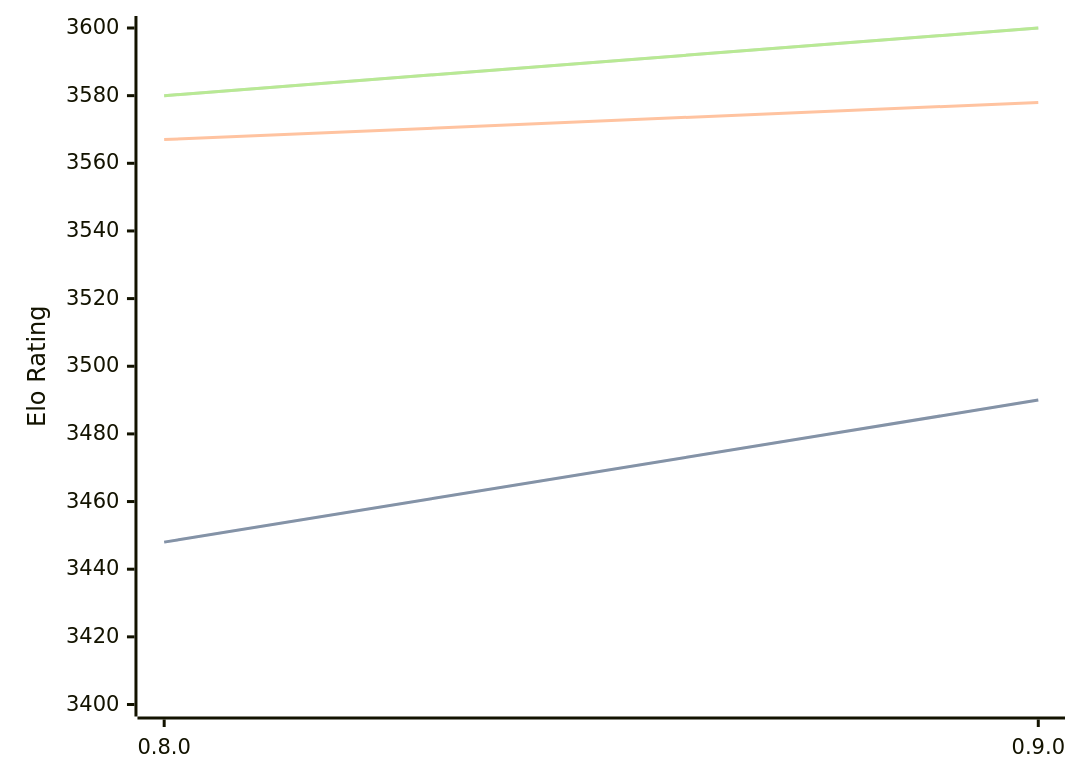
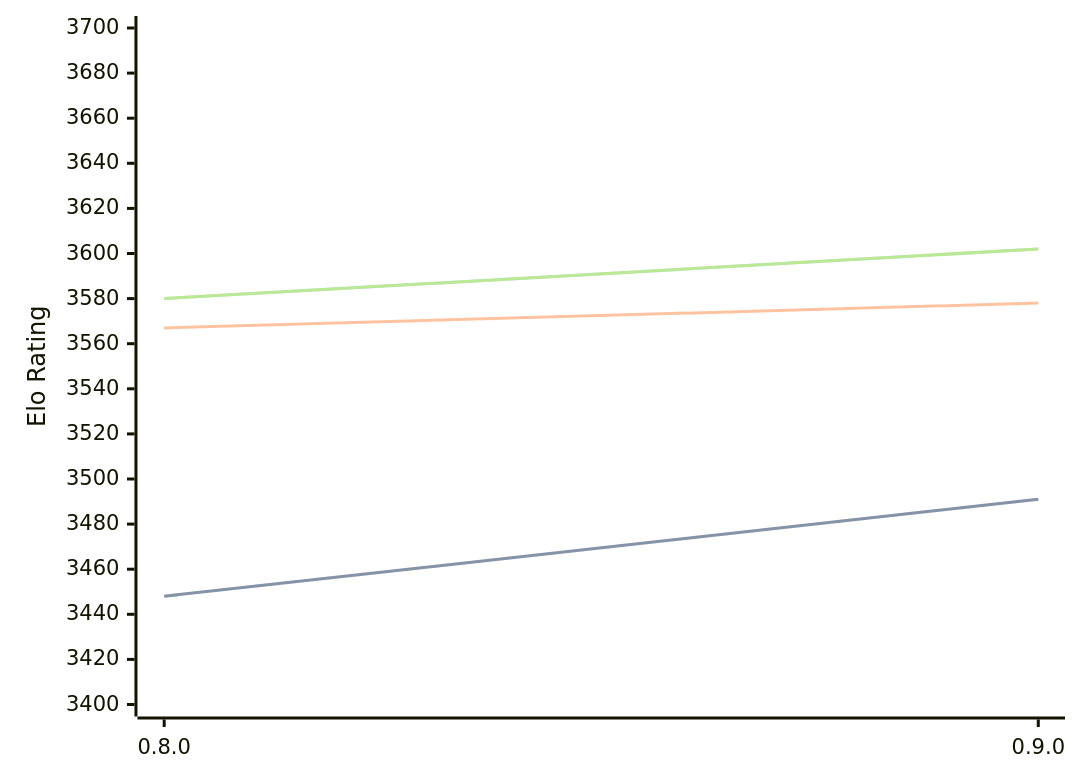
Before and after one commit to computer-chess-index/cci: the diagram in engines/Reckless.md, drawn with Mermaid. The commit also changed other lines of this file, not shown here.

Commit message:
Update CCI Ratings (ELO VLTC) - 2026-09-15

````diff
--- a/engines/Reckless.md
+++ b/engines/Reckless.md
@@ -32,11 +32,11 @@
 ```mermaid
 %%{init: {"theme":"base","themeVariables":{"seriesColors:['#a3a3a3','#222221','#faa371']}}}%%
 xychart-beta
   x-axis ["0.8.0", "0.9.0"]
-  y-axis "Elo Rating" 3400 --> 3600
-  line "" [3448, 3490]
-  line "STC (8.0+0.08s)" [3448, 3490]
+  y-axis "Elo Rating" 3400 --> 3700
+  line "" [3448, 3491]
+  line "STC (8.0+0.08s)" [3448, 3491]
   line "LTC (60.0+0.60s)" [3567, 3578]
-  line "" [3580, 3600]
-  line "VLTC (2m24s+1.12s)" [3580, 3600]
+  line "" [3580, 3602]
+  line "VLTC (2m24s+1.12s)" [3580, 3602]
 ```
````
